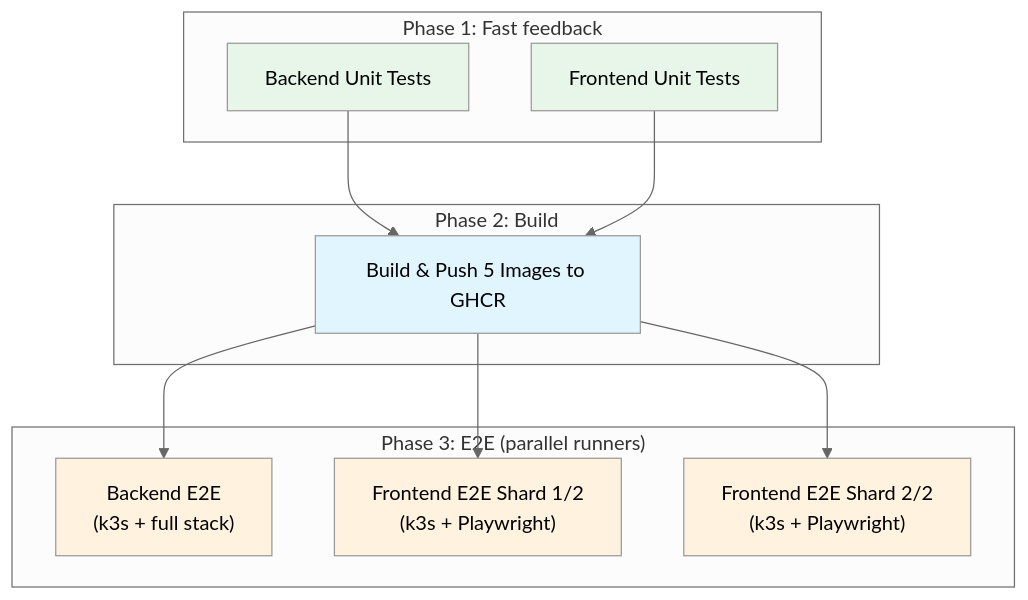
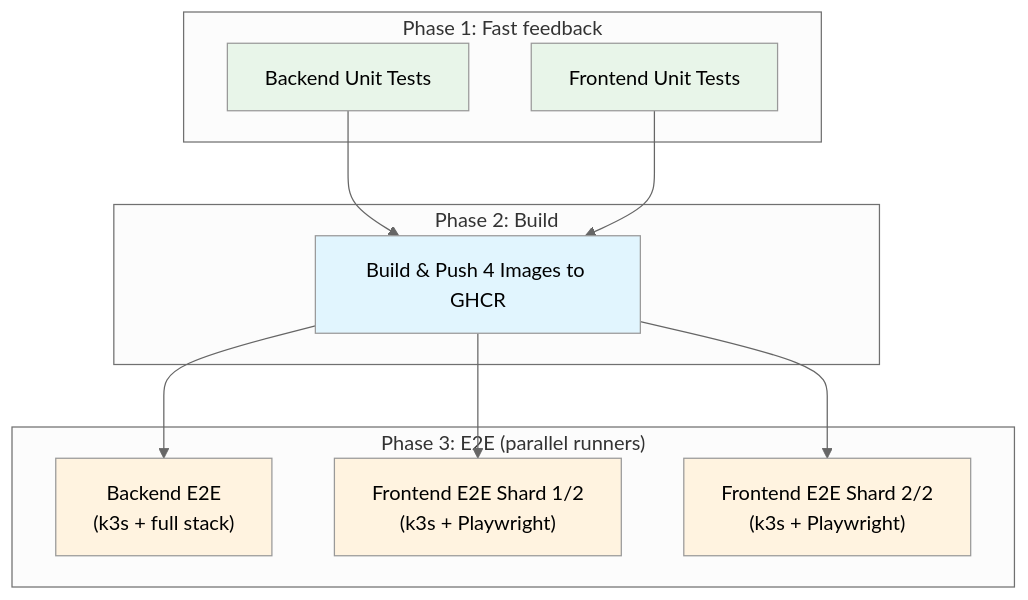
The second of 4 diagrams in docs/operations/cicd.md (HardMax71/Integr8sCode), drawn with Mermaid (neutral theme) before and after one commit. The commit also changed other lines of this file and 86 other files, not shown here.

````diff
--- a/docs/operations/cicd.md
+++ b/docs/operations/cicd.md
@@ -98,28 +98,28 @@
 ```mermaid
 graph TD
     subgraph "Phase 1: Fast feedback"
         A["Backend Unit Tests"]
         B["Frontend Unit Tests"]
     end
 
     subgraph "Phase 2: Build"
-        C["Build & Push 5 Images to GHCR"]
+        C["Build & Push 4 Images to GHCR"]
     end
 
     subgraph "Phase 3: E2E (parallel runners)"
         D["Backend E2E<br/>(k3s + full stack)"]
         E["Frontend E2E Shard 1/2<br/>(k3s + Playwright)"]
         F["Frontend E2E Shard 2/2<br/>(k3s + Playwright)"]
     end
 
     A --> C
     B --> C
     C --> D & E & F
 
     style A fill:#e8f5e9
     style B fill:#e8f5e9
     style C fill:#e1f5fe
     style D fill:#fff3e0
     style E fill:#fff3e0
     style F fill:#fff3e0
 ```
````
